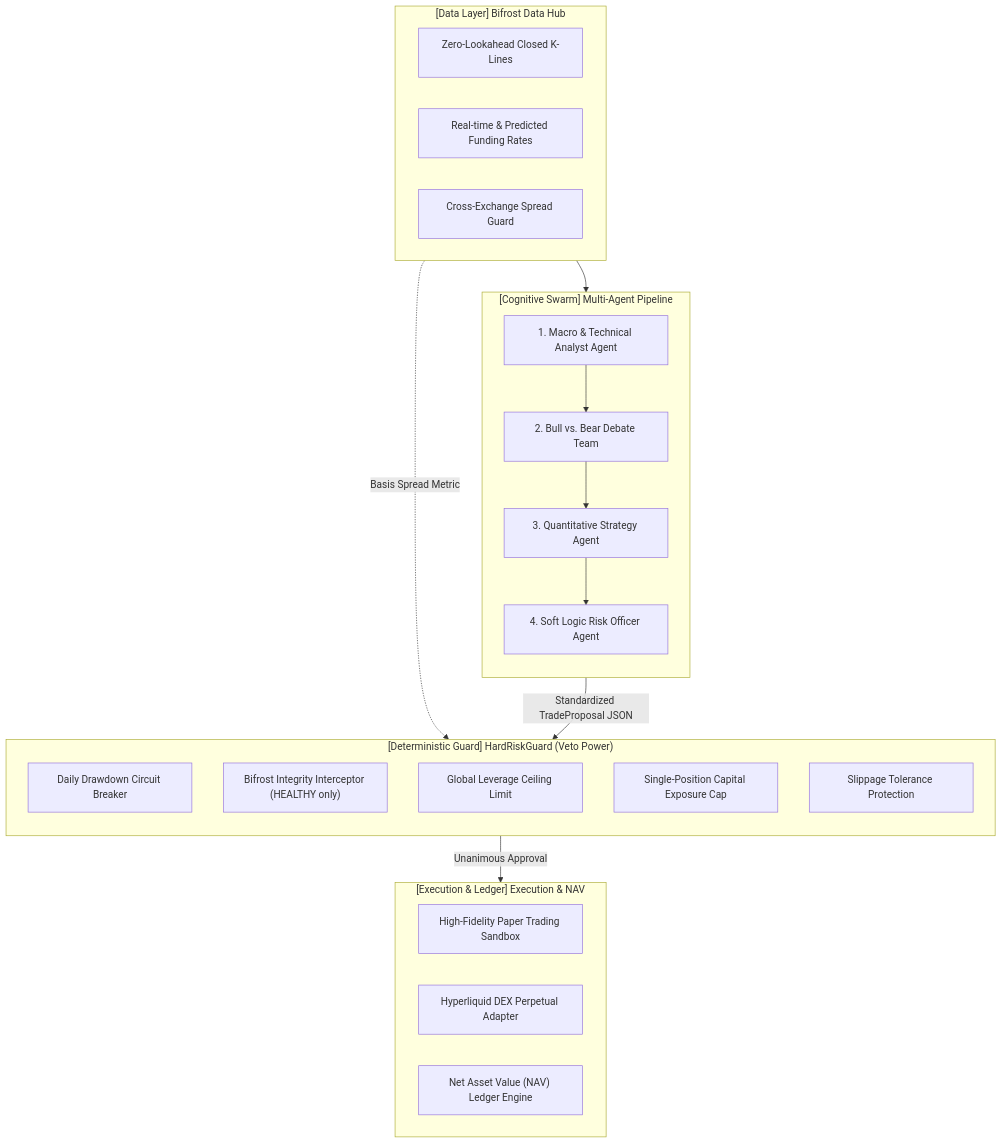
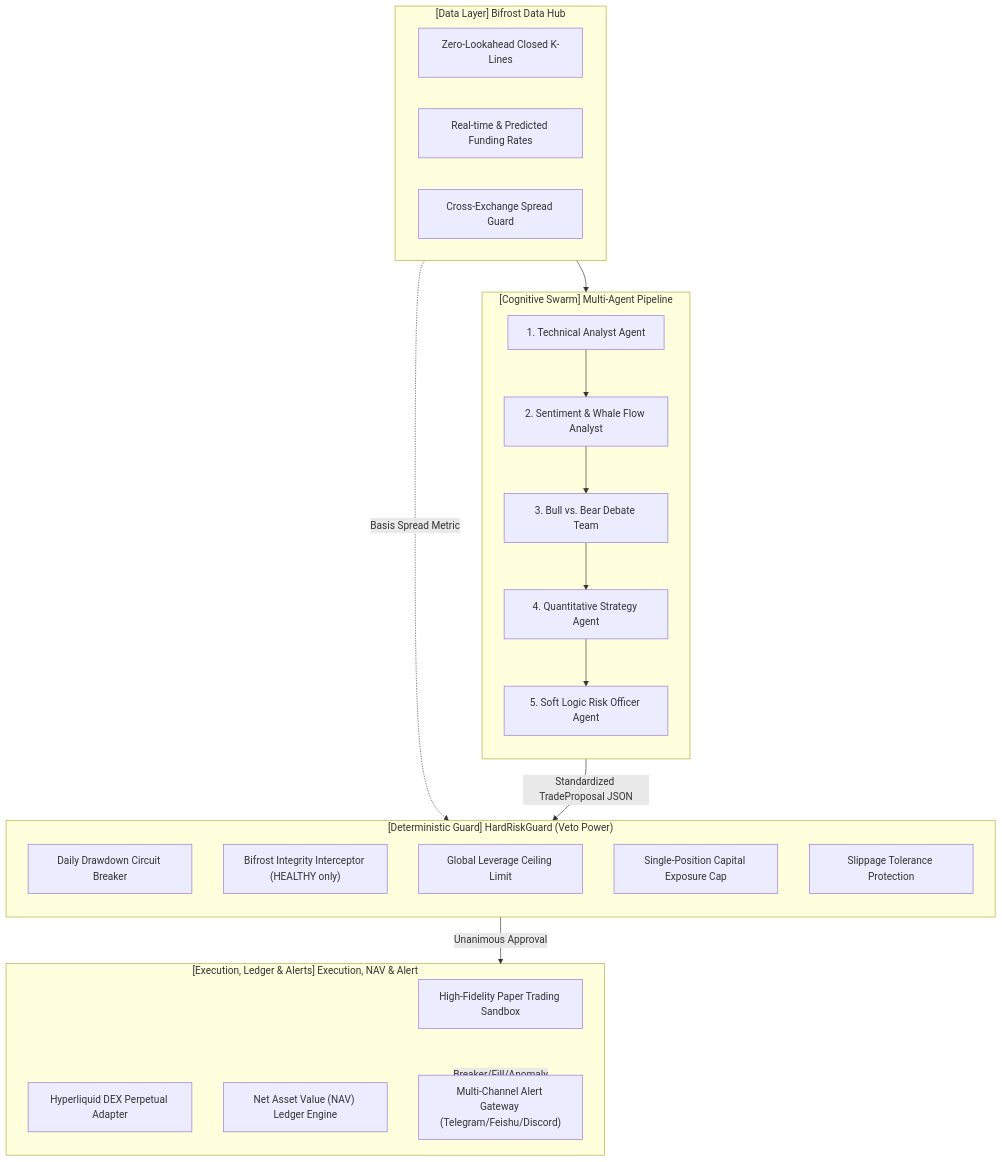
The diagram in README.md (open-agentpay/heimdall-trading), drawn with Mermaid before and after one commit. The commit also changed other lines of this file and 13 other files, not shown here.

Commit message:
feat(alert,sentiment): complete alert notification gateway and sentiment whale analyst with beginner-friendly comments

````diff
--- a/README.md
+++ b/README.md
@@ -53,37 +53,40 @@
 ```mermaid
 flowchart TD
     subgraph Data["[Data Layer] Bifrost Data Hub"]
         B1["Zero-Lookahead Closed K-Lines"]
         B2["Real-time & Predicted Funding Rates"]
         B3["Cross-Exchange Spread Guard"]
     end
 
     subgraph Swarm["[Cognitive Swarm] Multi-Agent Pipeline"]
         direction TB
-        A1["1. Macro & Technical Analyst Agent"]
-        A2["2. Bull vs. Bear Debate Team"]
-        A3["3. Quantitative Strategy Agent"]
-        A4["4. Soft Logic Risk Officer Agent"]
-        A1 --> A2 --> A3 --> A4
+        A1["1. Technical Analyst Agent"]
+        A5["2. Sentiment & Whale Flow Analyst"]
+        A2["3. Bull vs. Bear Debate Team"]
+        A3["4. Quantitative Strategy Agent"]
+        A4["5. Soft Logic Risk Officer Agent"]
+        A1 --> A5 --> A2 --> A3 --> A4
     end
 
     subgraph Guard["[Deterministic Guard] HardRiskGuard (Veto Power)"]
         direction TB
         G1["Daily Drawdown Circuit Breaker"]
         G2["Bifrost Integrity Interceptor (HEALTHY only)"]
         G3["Global Leverage Ceiling Limit"]
         G4["Single-Position Capital Exposure Cap"]
         G5["Slippage Tolerance Protection"]
     end
 
-    subgraph Exec["[Execution & Ledger] Execution & NAV"]
+    subgraph Exec["[Execution, Ledger & Alerts] Execution, NAV & Alert"]
         E1["High-Fidelity Paper Trading Sandbox"]
         E2["Hyperliquid DEX Perpetual Adapter"]
         E3["Net Asset Value (NAV) Ledger Engine"]
+        E4["Multi-Channel Alert Gateway (Telegram/Feishu/Discord)"]
     end
 
     Data --> Swarm
     Data -.->|Basis Spread Metric| Guard
     Swarm -->|Standardized TradeProposal JSON| Guard
     Guard -->|Unanimous Approval| Exec
+    Exec -->|Breaker/Fill/Anomaly| E4
 ```
````
